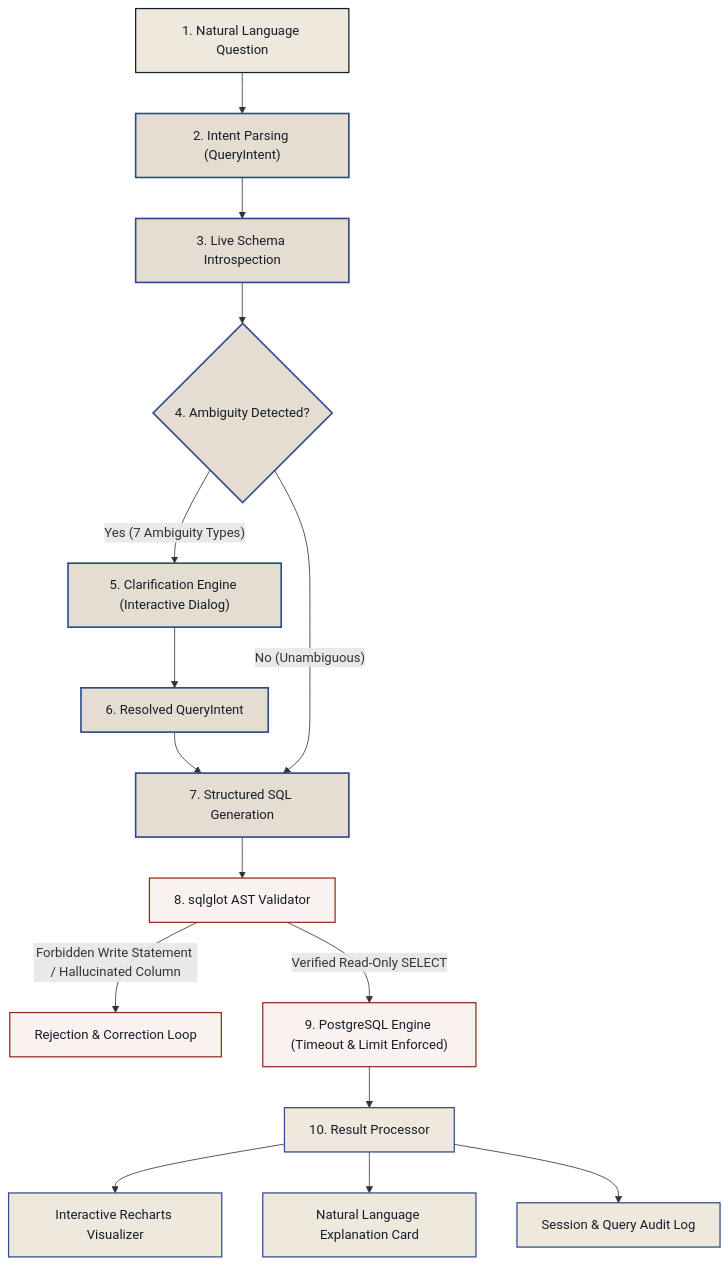
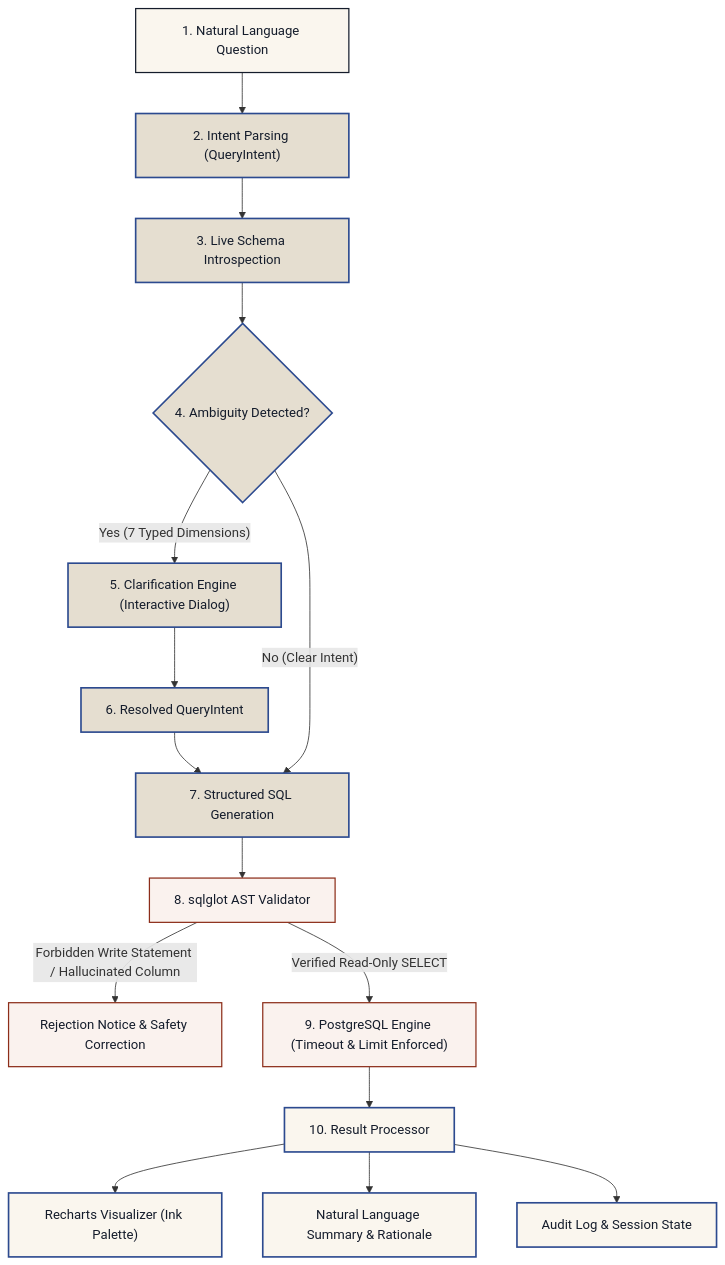
One commit to sachinptl10/clarifySQL changed the diagram in README.md. Above: the diagram before and after it, drawn with Mermaid. The commit also changed other lines of this file and 2 other files, not shown here.

Commit message:
docs: upgrade README with animated SVG banner, continuous marquee ticker, and warm cream stationery styling

````diff
--- a/README.md
+++ b/README.md
@@ -44,26 +63,26 @@
 ```mermaid
 flowchart TD
-    classDef input fill:#EFE9DD,stroke:#141C2B,stroke-width:1.5px,color:#141C2B;
-    classDef engine fill:#E5DED0,stroke:#2C4A8F,stroke-width:2px,color:#141C2B;
-    classDef safety fill:#FAF2EE,stroke:#8C2D19,stroke-width:1.5px,color:#141C2B;
-    classDef output fill:#EFE9DD,stroke:#2C4A8F,stroke-width:1.5px,color:#141C2B;
+    classDef creamNode fill:#FAF6EE,stroke:#141C2B,stroke-width:1.5px,color:#141C2B;
+    classDef blueNode fill:#E5DED0,stroke:#2C4A8F,stroke-width:2px,color:#141C2B;
+    classDef alertNode fill:#FAF2EE,stroke:#8C2D19,stroke-width:1.5px,color:#141C2B;
+    classDef outputNode fill:#FAF6EE,stroke:#2C4A8F,stroke-width:2px,color:#141C2B;
 
-    Q["1. Natural Language Question"]:::input --> INT["2. Intent Parsing (QueryIntent)"]:::engine
-    INT --> SCH["3. Live Schema Introspection"]:::engine
-    SCH --> AMB{"4. Ambiguity Detected?"}:::engine
+    Q["1. Natural Language Question"]:::creamNode --> INT["2. Intent Parsing (QueryIntent)"]:::blueNode
+    INT --> SCH["3. Live Schema Introspection"]:::blueNode
+    SCH --> AMB{"4. Ambiguity Detected?"}:::blueNode
 
-    AMB -- "Yes (7 Ambiguity Types)" --> CLAR["5. Clarification Engine (Interactive Dialog)"]:::engine
-    CLAR --> RES["6. Resolved QueryIntent"]:::engine
-    RES --> GEN["7. Structured SQL Generation"]:::engine
+    AMB -- "Yes (7 Typed Dimensions)" --> CLAR["5. Clarification Engine (Interactive Dialog)"]:::blueNode
+    CLAR --> RES["6. Resolved QueryIntent"]:::blueNode
+    RES --> GEN["7. Structured SQL Generation"]:::blueNode
 
-    AMB -- "No (Unambiguous)" --> GEN
+    AMB -- "No (Clear Intent)" --> GEN
 
-    GEN --> VAL["8. sqlglot AST Validator"]:::safety
-    VAL -- "Forbidden Write Statement / Hallucinated Column" --> ERR["Rejection & Correction Loop"]:::safety
-    VAL -- "Verified Read-Only SELECT" --> EXEC["9. PostgreSQL Engine (Timeout & Limit Enforced)"]:::safety
+    GEN --> VAL["8. sqlglot AST Validator"]:::alertNode
+    VAL -- "Forbidden Write Statement / Hallucinated Column" --> ERR["Rejection Notice & Safety Correction"]:::alertNode
+    VAL -- "Verified Read-Only SELECT" --> EXEC["9. PostgreSQL Engine (Timeout & Limit Enforced)"]:::alertNode
 
-    EXEC --> PROC["10. Result Processor"]:::output
-    PROC --> CHART["Interactive Recharts Visualizer"]:::output
-    PROC --> EXP["Natural Language Explanation Card"]:::output
-    PROC --> HIST["Session & Query Audit Log"]:::output
+    EXEC --> PROC["10. Result Processor"]:::outputNode
+    PROC --> CHART["Recharts Visualizer (Ink Palette)"]:::outputNode
+    PROC --> EXP["Natural Language Summary & Rationale"]:::outputNode
+    PROC --> HIST["Audit Log & Session State"]:::outputNode
 ```
````
